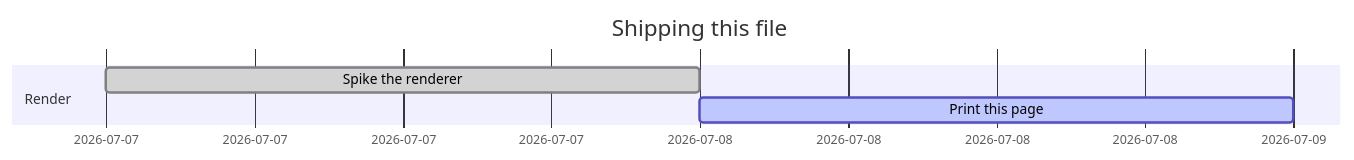
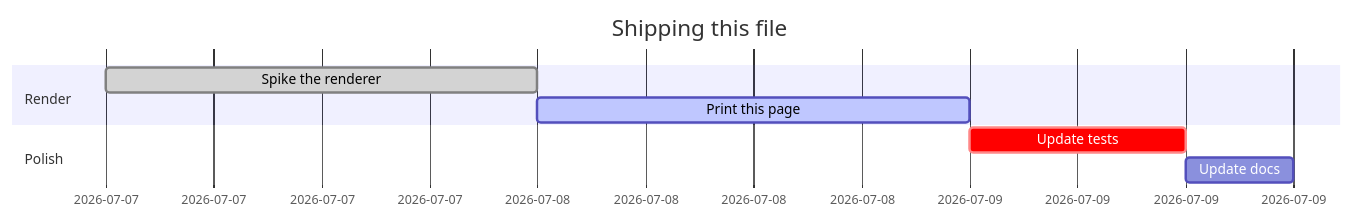
Diagram 17 of 26 in testfiles/mermaid.md (tig/winprint), drawn with Mermaid before and after one commit. The commit also changed other lines of this file and 8 other files, not shown here.

First line of the commit message:
chore(mermaid): switch default backend back to service (mermaid.ink)

````diff
--- a/testfiles/mermaid.md
+++ b/testfiles/mermaid.md
@@ -167,7 +257,11 @@
 ```mermaid
 gantt
     title Shipping this file
+    dateFormat  YYYY-MM-DD
     section Render
     Spike the renderer :done, a1, 2026-07-07, 1d
     Print this page    :active, a2, after a1, 1d
+    section Polish
+    Update tests       :crit, after a2, 12h
+    Update docs        : 6h
 ```
````
